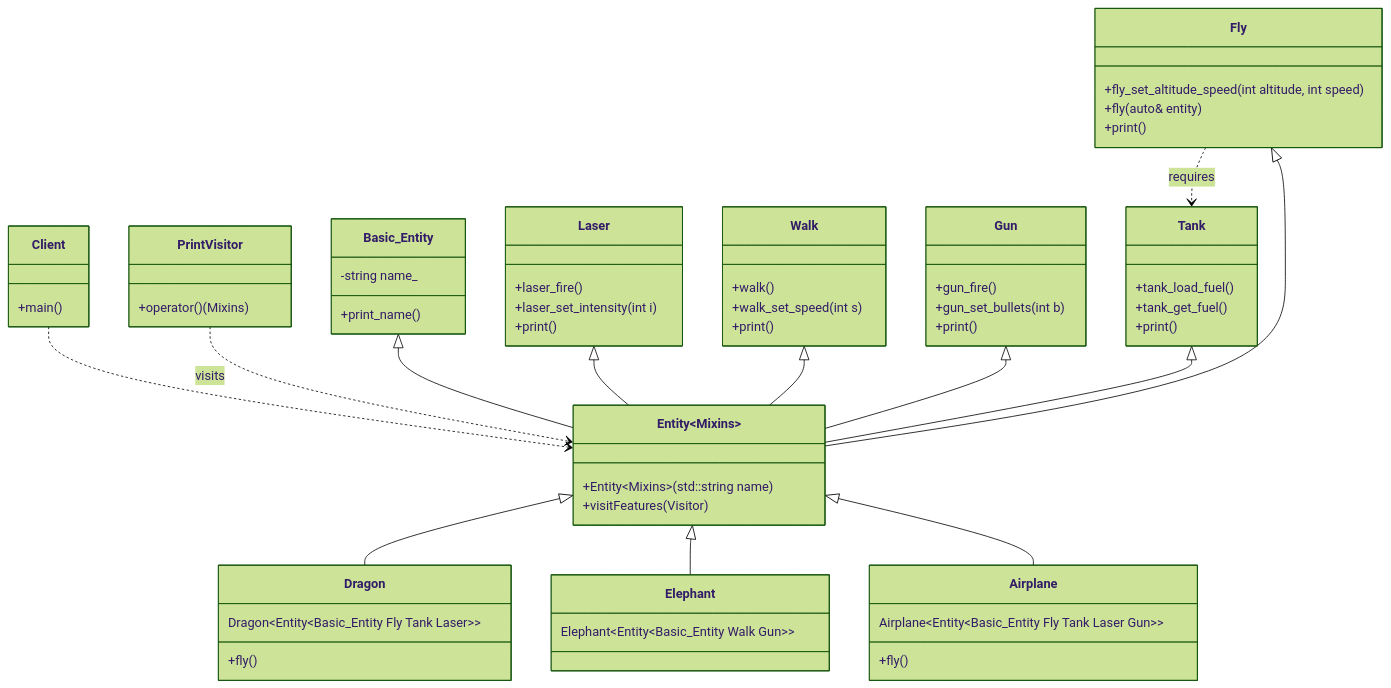
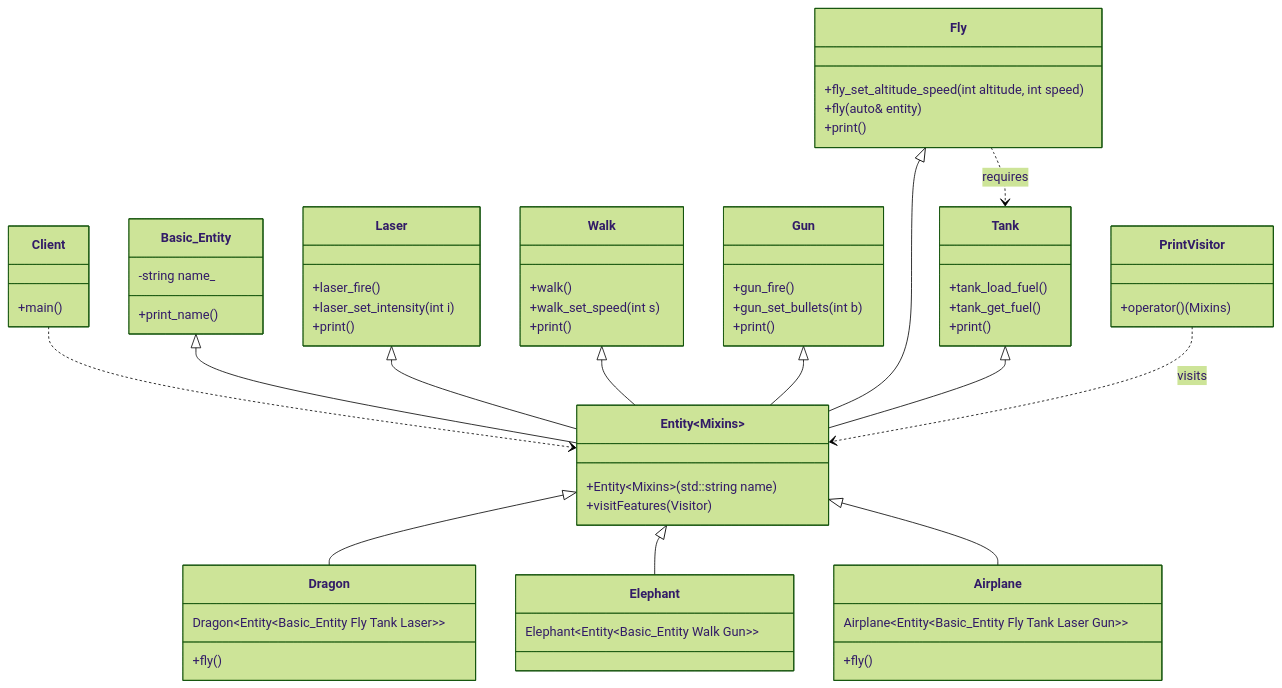
Before and after one commit to Cichlidfishexigency721/Modern-CPP-Design-Patterns: the diagram in 15_Mixin/02_Advanced/diagram.md, drawn with Mermaid (forest theme).

Commit message:
UML improvement

````diff
--- a/15_Mixin/02_Advanced/diagram.md
+++ b/15_Mixin/02_Advanced/diagram.md
@@ -3,79 +3,81 @@
 ```mermaid
 classDiagram
 %%---------------------------------------------------------------------- Main:
    class Client {
       +main()
    }
 
 %%---------------------------------------------------- Features (Mixin Parts):
    class Laser {
       +laser_fire()
       +laser_set_intensity(int i)
       +print()
    }
    class Walk {
       +walk()
       +walk_set_speed(int s)
       +print()
    }
    class Gun {
       +gun_fire()
       +gun_set_bullets(int b)
       +print()
    }
    class Tank {
       +tank_load_fuel()
       +tank_get_fuel()
       +print()
    }
    class Fly {
       +fly_set_altitude_speed(int altitude, int speed)
       +fly(auto& entity)
       +print()
    }
 
 %%--------------------------------------------------------------------- Entity:
    class Basic_Entity {
       -string name_
       +print_name()
    }
    class Entity~Mixins~ {
       +Entity~Mixins~(std::string name)
       +visitFeatures(Visitor)
    }
 
 %%------------------------------------------------------------ Mixin Entities:
    class Dragon {
       Dragon~Entity~Basic_Entity Fly Tank Laser~~
       +fly()
    }
    class Elephant {
       Elephant~Entity~Basic_Entity Walk Gun~~
    }
    class Airplane {
       Airplane~Entity~Basic_Entity Fly Tank Laser Gun~~
       +fly()
    }
    class PrintVisitor {
       +operator()(Mixins)
    }
 
 %%----------------------------------------------------------- UML Composition:
    %% Dependencies
    Client ..> Entity~Mixins~
-   PrintVisitor ..> Entity~Mixins~ : visits
-   Fly ..> Tank : requires
 
    %% Multiple Inheritance (Horizontal Composition)
    Basic_Entity <|-- Entity~Mixins~
    Laser <|-- Entity~Mixins~
    Walk <|-- Entity~Mixins~
    Gun <|-- Entity~Mixins~
+   Fly <|-- Entity~Mixins~
    Tank <|-- Entity~Mixins~
-   Fly <|-- Entity~Mixins~
 
    %% Specific Entities
    Entity~Mixins~ <|-- Dragon
    Entity~Mixins~ <|-- Elephant
    Entity~Mixins~ <|-- Airplane
+
+   %% Dependencies
+   Fly ..> Tank : requires
+   PrintVisitor ..> Entity~Mixins~ : visits
 ```
````
